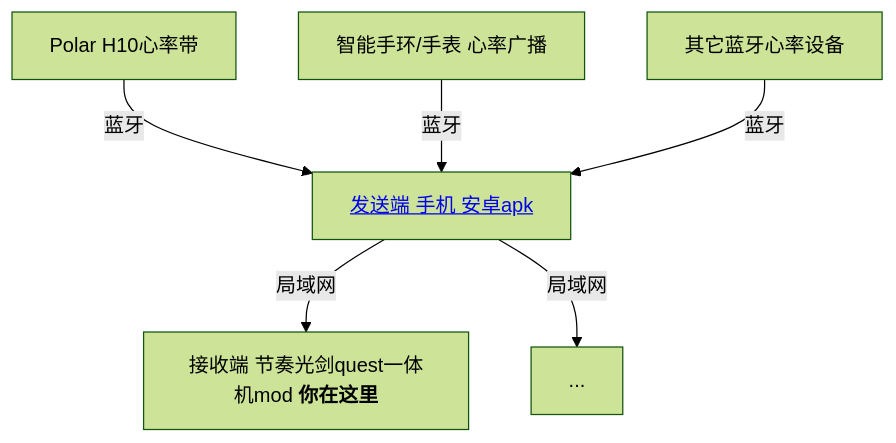
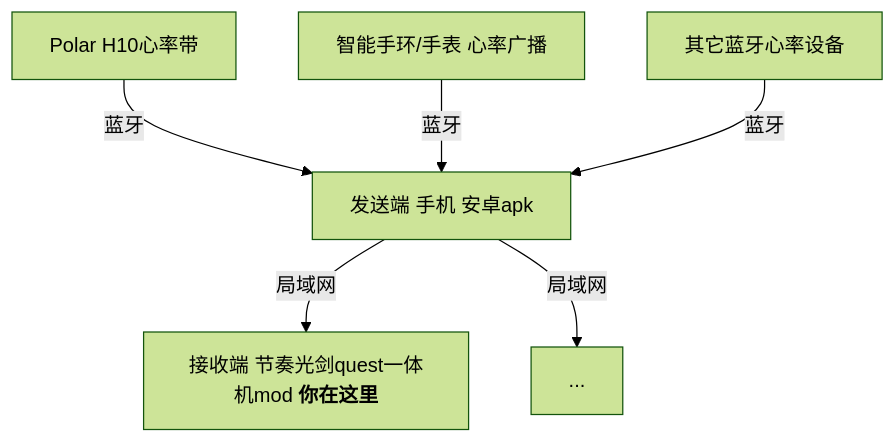
The diagram in README.cn.md (frto027/HeartBeatLanClientBSQuest), drawn with Mermaid (forest theme) before and after one commit. The commit also changed 1 other file, not shown here.

````diff
--- a/README.cn.md
+++ b/README.cn.md
@@ -9,14 +9,14 @@
 ```mermaid
 graph TD;
     POLAR_H10[Polar H10心率带]
     SMART_WATCH[智能手环/手表 心率广播]
     BLE_DEV[其它蓝牙心率设备]
-    PHONE[<a href="https://github.com/frto027/HeartbeatLanServer">发送端 手机 安卓apk</a>]
+    PHONE[发送端 手机 安卓apk]
     BEATSABER[接收端 节奏光剑quest一体机mod <b>你在这里</b> ]
 
     POLAR_H10--蓝牙-->PHONE;
     SMART_WATCH--蓝牙-->PHONE;
     BLE_DEV--蓝牙-->PHONE;
     PHONE--局域网-->BEATSABER;
     PHONE--局域网-->...;
 ```
````
